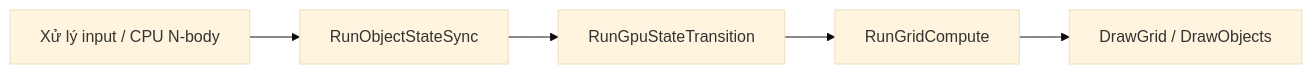
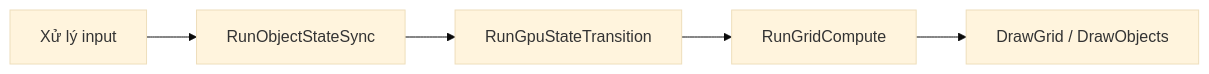
One commit to quocthaile/gravity_sim changed the diagram in docs/run_object_state_sync.md. Above: the diagram before and after it, drawn with Mermaid (base theme). The commit also changed other lines of this file and 17 other files, not shown here.

````diff
--- a/docs/run_object_state_sync.md
+++ b/docs/run_object_state_sync.md
@@ -24,7 +24,7 @@
 ```mermaid
 flowchart LR
-    A["Xử lý input / CPU N-body"] --> B["RunObjectStateSync"]
+    A["Xử lý input"] --> B["RunObjectStateSync"]
     B --> C["RunGpuStateTransition"]
     C --> D["RunGridCompute"]
     D --> E["DrawGrid / DrawObjects"]
 ```
````
